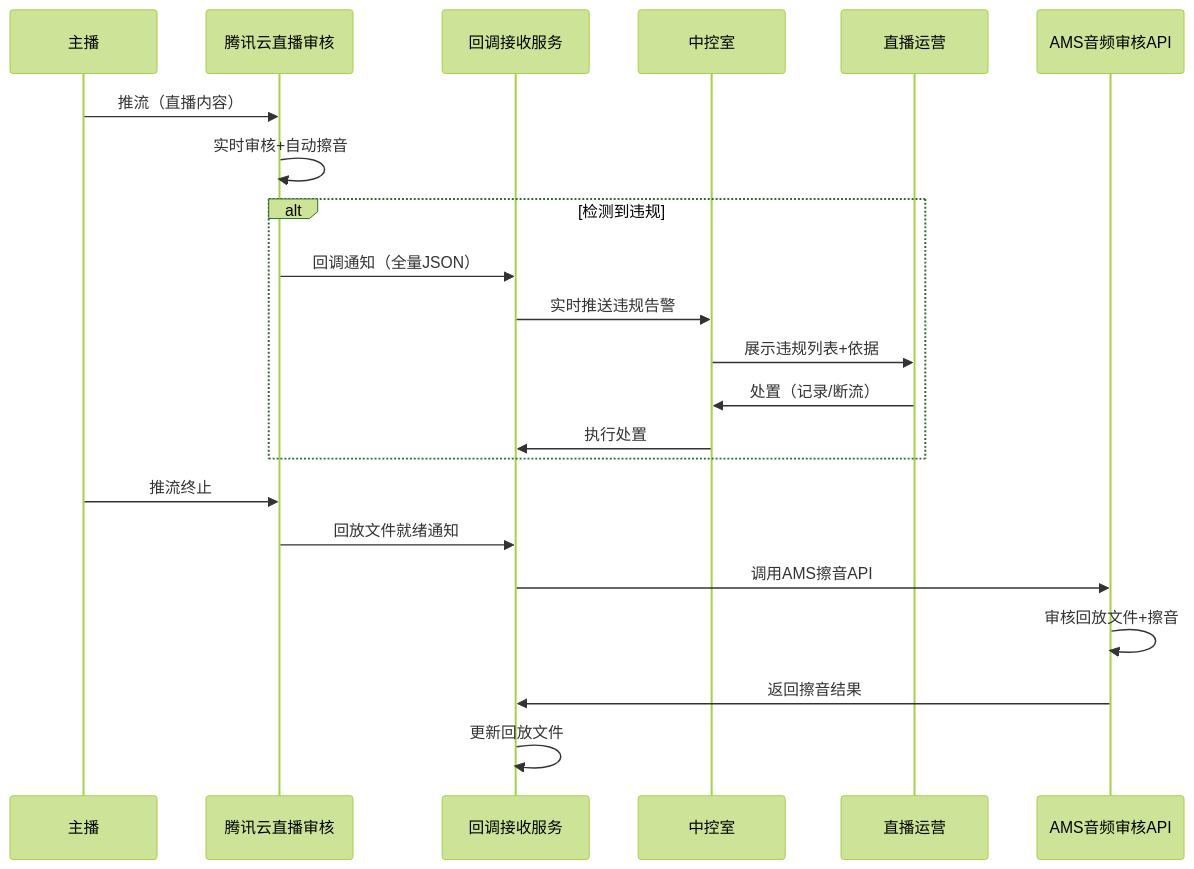
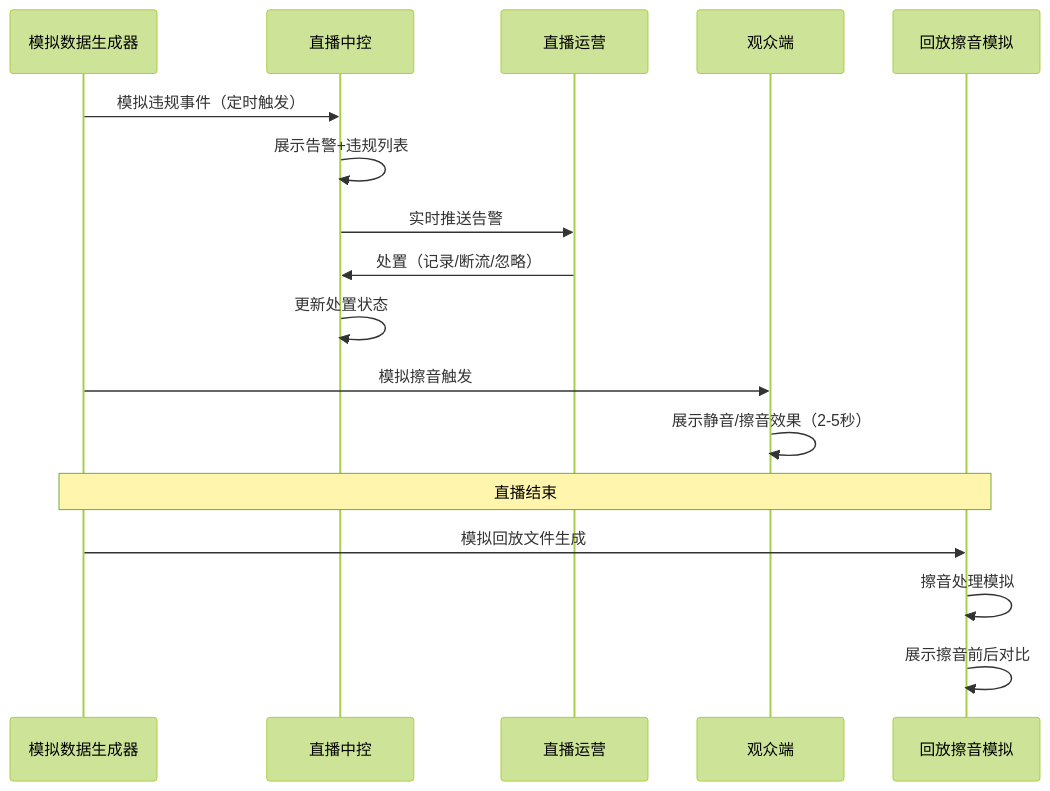
The fourth of 5 diagrams in projects/SAAS/docs/01-requirements/16-内容审查域-PRD-v1.0.0.md (Stone1202/SAAS-APP), drawn with Mermaid (forest theme) before and after one commit. The commit also changed other lines of this file and 63 other files, not shown here.

````diff
--- a/projects/SAAS/docs/01-requirements/16-内容审查域-PRD-v1.0.0.md
+++ b/projects/SAAS/docs/01-requirements/16-内容审查域-PRD-v1.0.0.md
@@ -257,25 +270,22 @@
 ```mermaid
 sequenceDiagram
-    participant 主播 as 主播
-    participant TC as 腾讯云直播审核
-    participant CB as 回调接收服务
-    participant Ctrl as 中控室
+    participant Mock as 模拟数据生成器
+    participant Ctrl as 直播中控
     participant 运营 as 直播运营
-    participant AMS as AMS音频审核API
+    participant Viewer as 观众端
+    participant Playback as 回放擦音模拟
     
-    主播->>TC: 推流（直播内容）
-    TC->>TC: 实时审核+自动擦音
-    alt 检测到违规
-        TC->>CB: 回调通知（全量JSON）
-        CB->>Ctrl: 实时推送违规告警
-        Ctrl->>运营: 展示违规列表+依据
-        运营->>Ctrl: 处置（记录/断流）
-        Ctrl->>CB: 执行处置
-    end
-    主播->>TC: 推流终止
-    TC->>CB: 回放文件就绪通知
-    CB->>AMS: 调用AMS擦音API
-    AMS->>AMS: 审核回放文件+擦音
-    AMS->>CB: 返回擦音结果
-    CB->>CB: 更新回放文件
+    Mock->>Ctrl: 模拟违规事件（定时触发）
+    Ctrl->>Ctrl: 展示告警+违规列表
+    Ctrl->>运营: 实时推送告警
+    运营->>Ctrl: 处置（记录/断流/忽略）
+    Ctrl->>Ctrl: 更新处置状态
+    
+    Mock->>Viewer: 模拟擦音触发
+    Viewer->>Viewer: 展示静音/擦音效果（2-5秒）
+    
+    Note over Mock,Playback: 直播结束
+    Mock->>Playback: 模拟回放文件生成
+    Playback->>Playback: 擦音处理模拟
+    Playback->>Playback: 展示擦音前后对比
 ```
````
